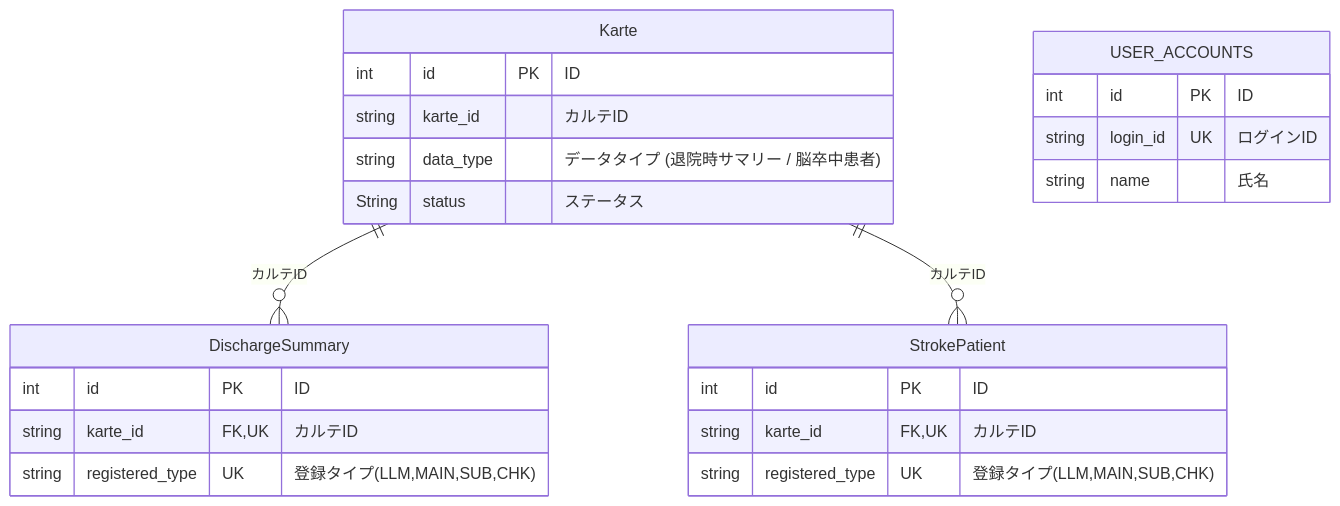
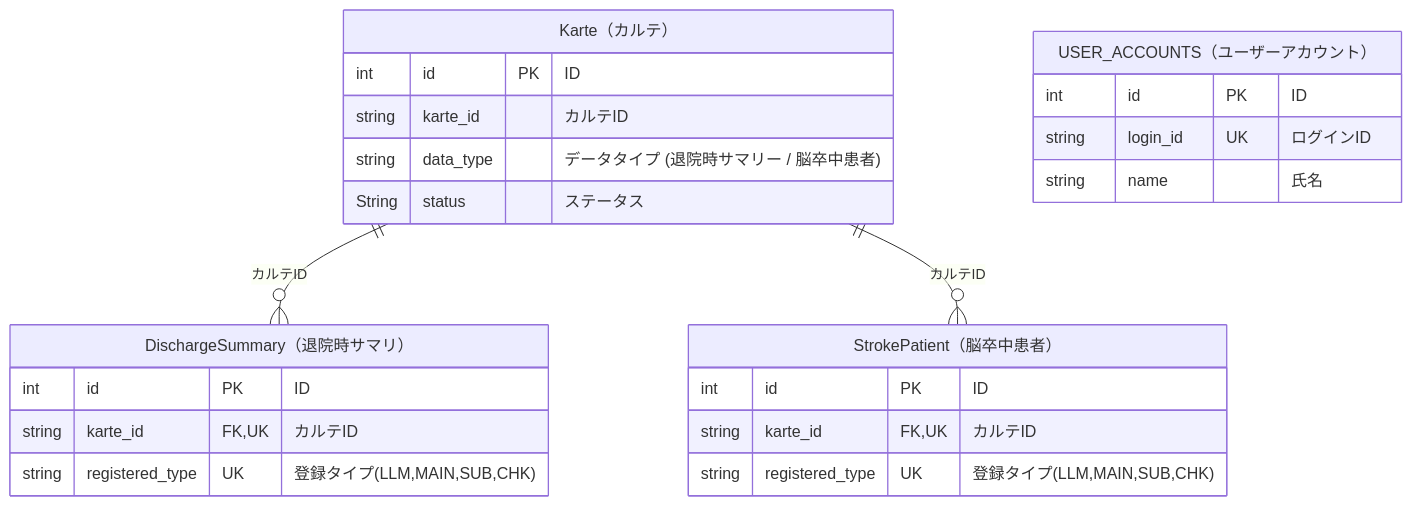
One commit to CreCo-dev/abeja_medical_LLM_annotation changed the diagram in README.md. Above: the diagram before and after it, drawn with Mermaid.

Commit message:
テーブル名 和名補記

````diff
--- a/README.md
+++ b/README.md
@@ -63,28 +63,28 @@
 ```mermaid
 erDiagram
-    Karte ||--o{ DischargeSummary : "カルテID"
-    Karte ||--o{ StrokePatient : "カルテID"
+    Karte（カルテ） ||--o{ DischargeSummary（退院時サマリ） : "カルテID"
+    Karte（カルテ） ||--o{ StrokePatient（脳卒中患者） : "カルテID"
 
-    Karte {
+    Karte（カルテ） {
         int id PK "ID"
         string karte_id "カルテID"
         string data_type "データタイプ (退院時サマリー / 脳卒中患者)"
         String status "ステータス"
     }
-    DischargeSummary {
+    DischargeSummary（退院時サマリ） {
         int id PK "ID"
         string karte_id FK,UK"カルテID"
         string registered_type UK "登録タイプ(LLM,MAIN,SUB,CHK)"
     }
-    StrokePatient {
+    StrokePatient（脳卒中患者） {
         int id PK "ID"
         string karte_id FK,UK"カルテID"
         string registered_type UK "登録タイプ(LLM,MAIN,SUB,CHK)"
     }
-    USER_ACCOUNTS {
+    USER_ACCOUNTS（ユーザーアカウント） {
         int id PK "ID"
         string login_id UK "ログインID"
         string name "氏名"
     }
 
 ```
````
